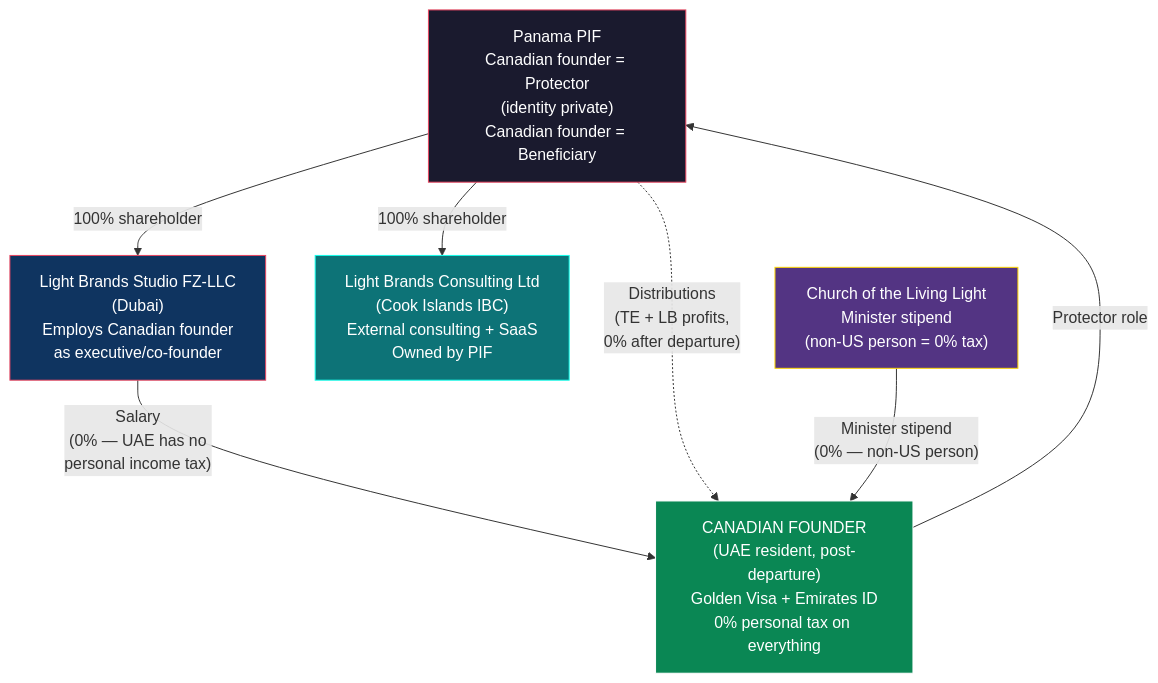
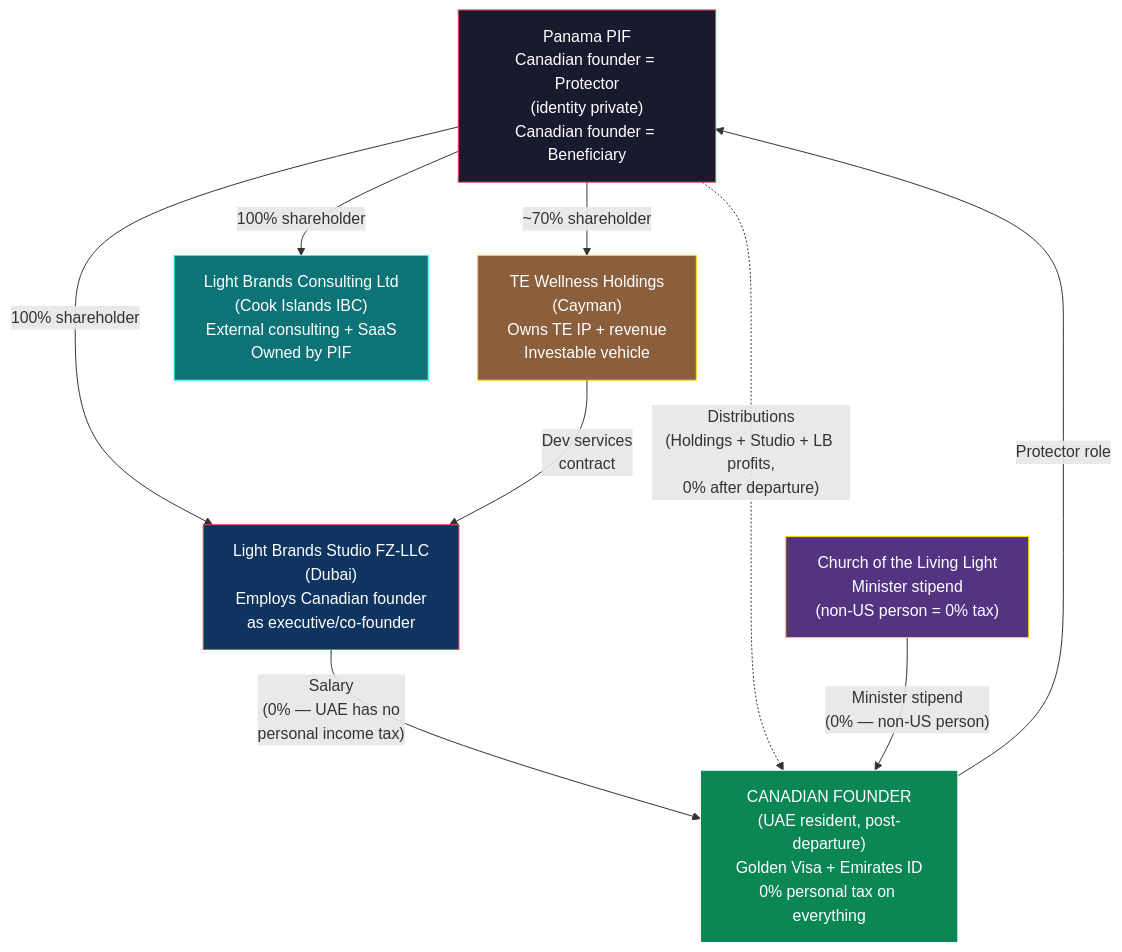
The diagram in docs/tax-structure/04-FOUNDER-GUIDE-CANADA.md (Light-Brands/epic-center), drawn with Mermaid before and after one commit. The commit also changed other lines of this file and 8 other files, not shown here.

First line of the commit message:
Integrate TE Wellness Holdings (Cayman) as investable vehicle into tax structure

````diff
--- a/docs/tax-structure/04-FOUNDER-GUIDE-CANADA.md
+++ b/docs/tax-structure/04-FOUNDER-GUIDE-CANADA.md
@@ -18,25 +18,30 @@
 ```mermaid
 graph TB
     PIF["Panama PIF<br/>Canadian founder = Protector<br/>(identity private)<br/>Canadian founder = Beneficiary"]
+
+    HOLDINGS["TE Wellness Holdings<br/>(Cayman)<br/>Owns TE IP + revenue<br/>Investable vehicle"]
 
     UAE["Light Brands Studio FZ-LLC<br/>(Dubai)<br/>Employs Canadian founder<br/>as executive/co-founder"]
 
     CI["Light Brands Consulting Ltd<br/>(Cook Islands IBC)<br/>External consulting + SaaS<br/>Owned by PIF"]
 
     CHURCH["Church of the Living Light<br/>Minister stipend<br/>(non-US person = 0% tax)"]
 
     CA["CANADIAN FOUNDER<br/>(UAE resident, post-departure)<br/>Golden Visa + Emirates ID<br/>0% personal tax on everything"]
 
+    PIF -->|"~70% shareholder"| HOLDINGS
     PIF -->|"100% shareholder"| UAE
     PIF -->|"100% shareholder"| CI
+    HOLDINGS -->|"Dev services<br/>contract"| UAE
     UAE -->|"Salary<br/>(0% — UAE has no<br/>personal income tax)"| CA
-    PIF -.->|"Distributions<br/>(TE + LB profits,<br/>0% after departure)"| CA
+    PIF -.->|"Distributions<br/>(Holdings + Studio + LB profits,<br/>0% after departure)"| CA
     CHURCH -->|"Minister stipend<br/>(0% — non-US person)"| CA
     CA -->|"Protector role"| PIF
 
     style PIF fill:#1a1a2e,stroke:#e94560,color:#fff
+    style HOLDINGS fill:#8b5e3c,stroke:#ffd700,color:#fff
     style UAE fill:#0f3460,stroke:#e94560,color:#fff
     style CI fill:#0d7377,stroke:#14ffec,color:#fff
     style CHURCH fill:#533483,stroke:#ffd700,color:#fff
     style CA fill:#0a8754,stroke:#fff,color:#fff
 ```
````
